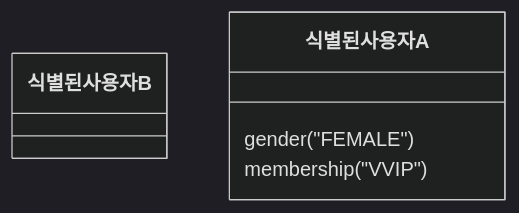
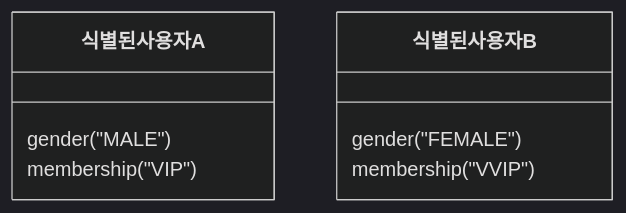
The fifth of 6 diagrams in docs/ko/identity_scenario.md (IGAWorksDev/dfinery-android-sdk), drawn with Mermaid (dark theme) before and after one commit.

````diff
--- a/docs/ko/identity_scenario.md
+++ b/docs/ko/identity_scenario.md
@@ -129,6 +129,9 @@
 ```mermaid
 classDiagram
+    class 식별된사용자A
+    식별된사용자A : gender("MALE")
+    식별된사용자A : membership("VIP")
     class 식별된사용자B
-    식별된사용자A : gender("FEMALE")
-    식별된사용자A : membership("VVIP")
+    식별된사용자B : gender("FEMALE")
+    식별된사용자B : membership("VVIP")
 ```
````
